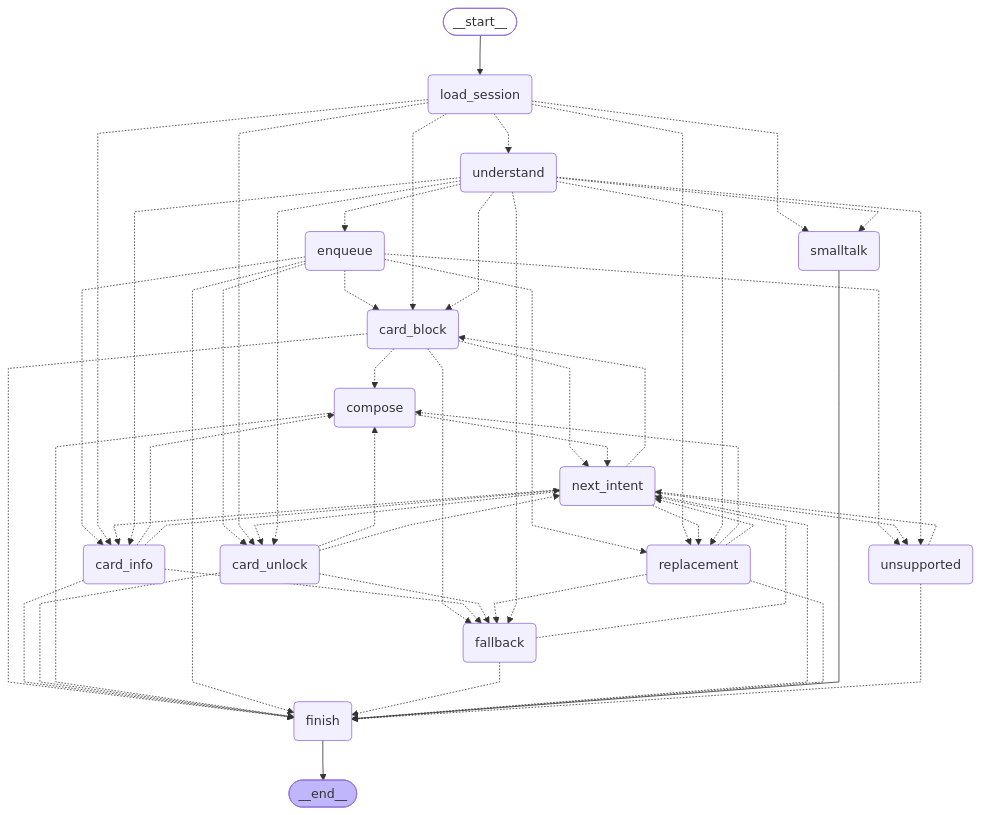
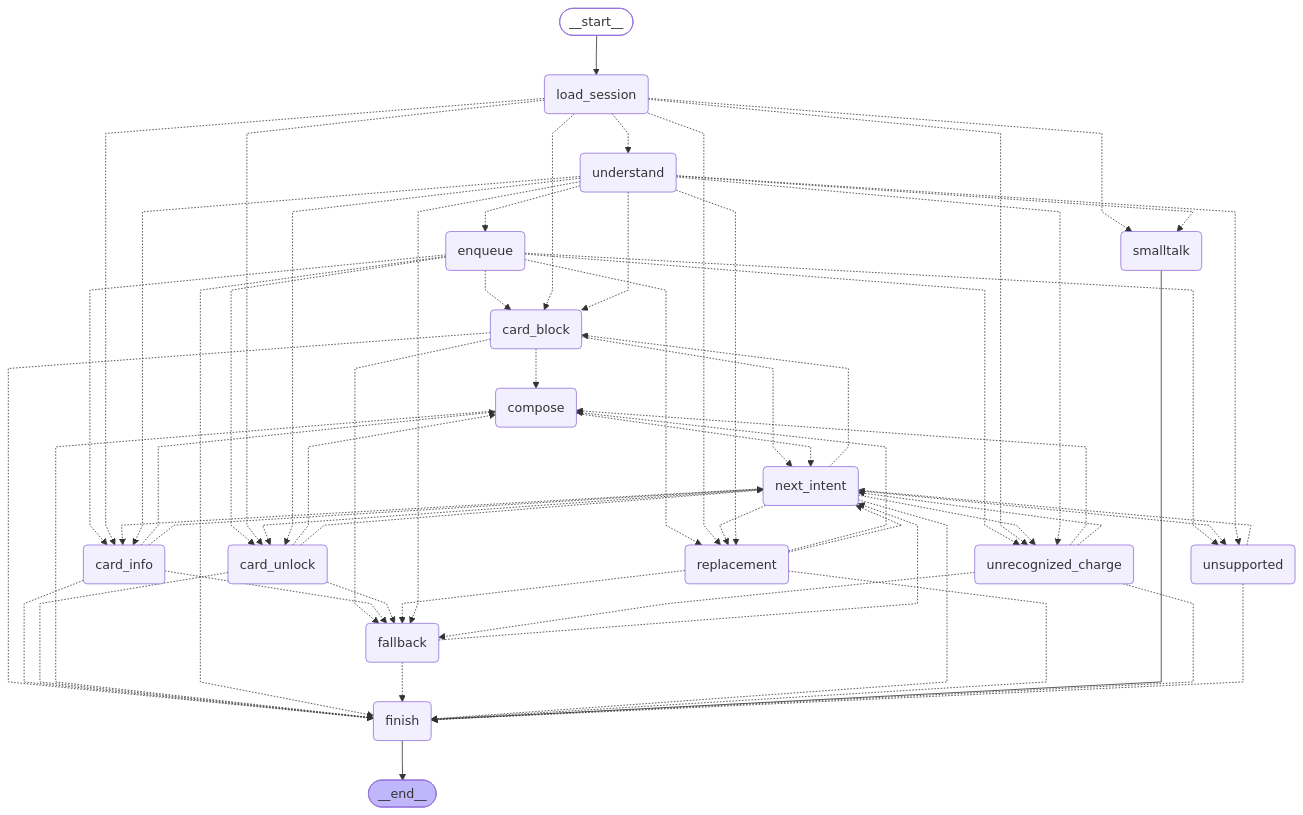
One commit to YhBedoya/factored-hackathon-2026-inferencia-aplicada changed the diagram in docs/diagrams/turn-graph-v0.mmd. Above: the diagram before and after it, drawn with Mermaid. The commit also changed 90 other files, not shown here.

First line of the commit message:
feat(disputes): unrecognized-charge flow, claims write path and staff screens (D4-B)

```diff
--- a/docs/diagrams/turn-graph-v0.mmd
+++ b/docs/diagrams/turn-graph-v0.mmd
@@ -1,75 +1,84 @@
 ---
 config:
   flowchart:
     curve: linear
 ---
 graph TD;
 	__start__([<p>__start__</p>]):::first
 	load_session(load_session)
 	understand(understand)
 	smalltalk(smalltalk)
 	enqueue(enqueue)
 	card_info(card_info)
 	card_block(card_block)
 	card_unlock(card_unlock)
 	replacement(replacement)
+	unrecognized_charge(unrecognized_charge)
 	unsupported(unsupported)
 	fallback(fallback)
 	compose(compose)
 	next_intent(next_intent)
 	finish(finish)
 	__end__([<p>__end__</p>]):::last
 	__start__ --> load_session;
 	card_block -.-> compose;
 	card_block -.-> fallback;
 	card_block -.-> finish;
 	card_block -.-> next_intent;
 	card_info -.-> compose;
 	card_info -.-> fallback;
 	card_info -.-> finish;
 	card_info -.-> next_intent;
 	card_unlock -.-> compose;
 	card_unlock -.-> fallback;
 	card_unlock -.-> finish;
 	card_unlock -.-> next_intent;
 	compose -.-> finish;
 	compose -.-> next_intent;
 	enqueue -.-> card_block;
 	enqueue -.-> card_info;
 	enqueue -.-> card_unlock;
 	enqueue -.-> finish;
 	enqueue -.-> replacement;
+	enqueue -.-> unrecognized_charge;
 	enqueue -.-> unsupported;
 	fallback -.-> finish;
 	fallback -.-> next_intent;
 	load_session -.-> card_block;
 	load_session -.-> card_info;
 	load_session -.-> card_unlock;
 	load_session -.-> replacement;
 	load_session -.-> smalltalk;
 	load_session -.-> understand;
+	load_session -.-> unrecognized_charge;
 	next_intent -.-> card_block;
 	next_intent -.-> card_info;
 	next_intent -.-> card_unlock;
 	next_intent -.-> finish;
 	next_intent -.-> replacement;
+	next_intent -.-> unrecognized_charge;
 	next_intent -.-> unsupported;
 	replacement -.-> compose;
 	replacement -.-> fallback;
 	replacement -.-> finish;
 	replacement -.-> next_intent;
 	smalltalk --> finish;
 	understand -.-> card_block;
 	understand -.-> card_info;
 	understand -.-> card_unlock;
 	understand -.-> enqueue;
 	understand -.-> fallback;
 	understand -.-> replacement;
 	understand -.-> smalltalk;
+	understand -.-> unrecognized_charge;
 	understand -.-> unsupported;
+	unrecognized_charge -.-> compose;
+	unrecognized_charge -.-> fallback;
+	unrecognized_charge -.-> finish;
+	unrecognized_charge -.-> next_intent;
 	unsupported -.-> finish;
 	unsupported -.-> next_intent;
 	finish --> __end__;
 	classDef default fill:#f2f0ff,line-height:1.2
 	classDef first fill-opacity:0
 	classDef last fill:#bfb6fc
```
